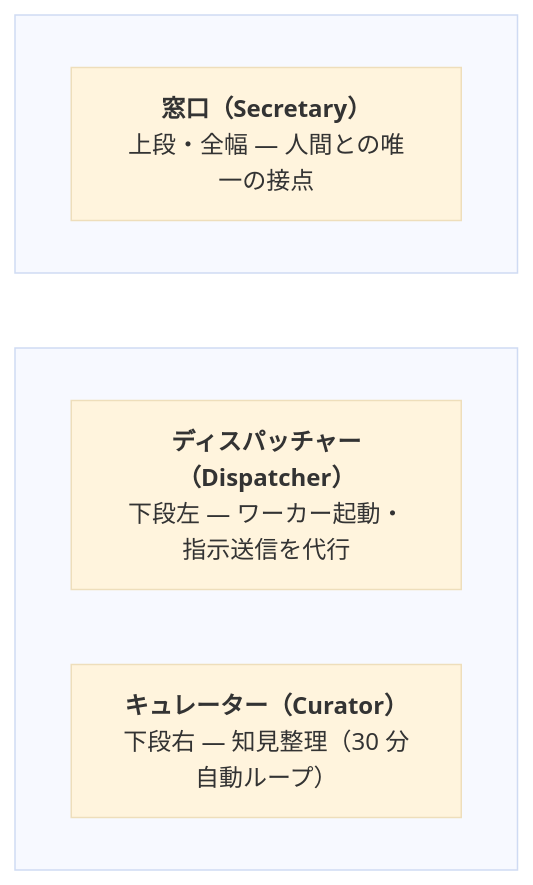
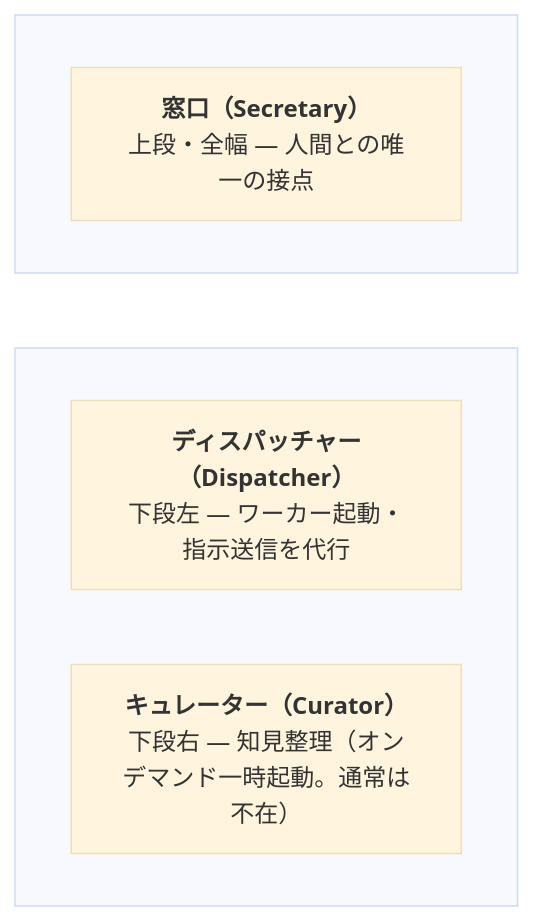
The diagram in README.md (suisya-systems/claude-org-ja), drawn with Mermaid (base theme) before and after one commit. The commit also changed other lines of this file and 4 other files, not shown here.

````diff
--- a/README.md
+++ b/README.md
@@ -131,12 +131,12 @@
 ```mermaid
 flowchart TB
     subgraph row1[" "]
         S["<b>窓口（Secretary）</b><br/>上段・全幅 — 人間との唯一の接点"]
     end
     subgraph row2[" "]
         direction LR
         D["<b>ディスパッチャー（Dispatcher）</b><br/>下段左 — ワーカー起動・指示送信を代行"]
-        C["<b>キュレーター（Curator）</b><br/>下段右 — 知見整理（30 分自動ループ）"]
+        C["<b>キュレーター（Curator）</b><br/>下段右 — 知見整理（オンデマンド一時起動。通常は不在）"]
     end
     row1 ~~~ row2
 ```
````
